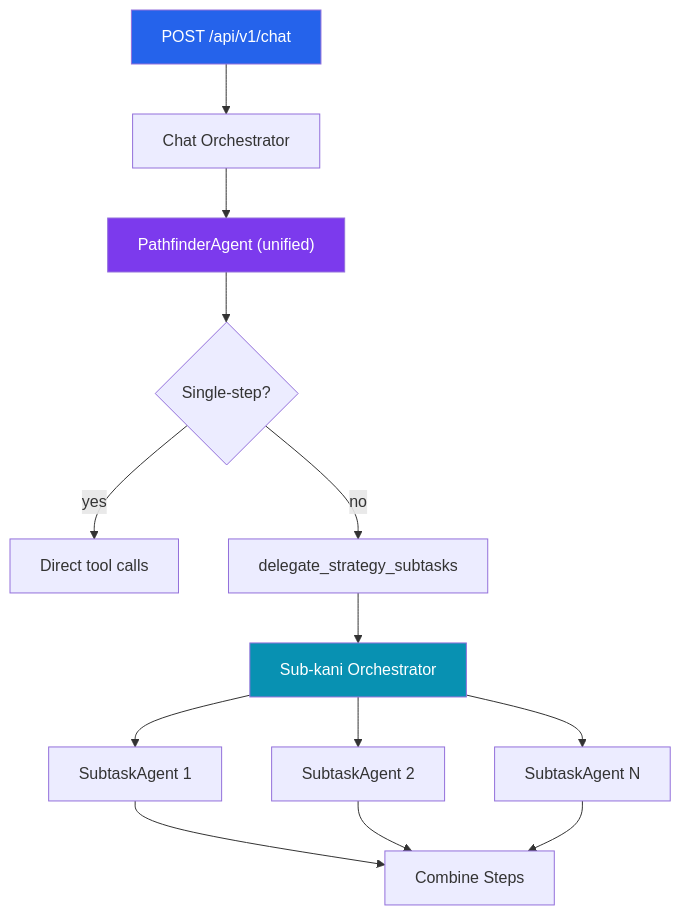
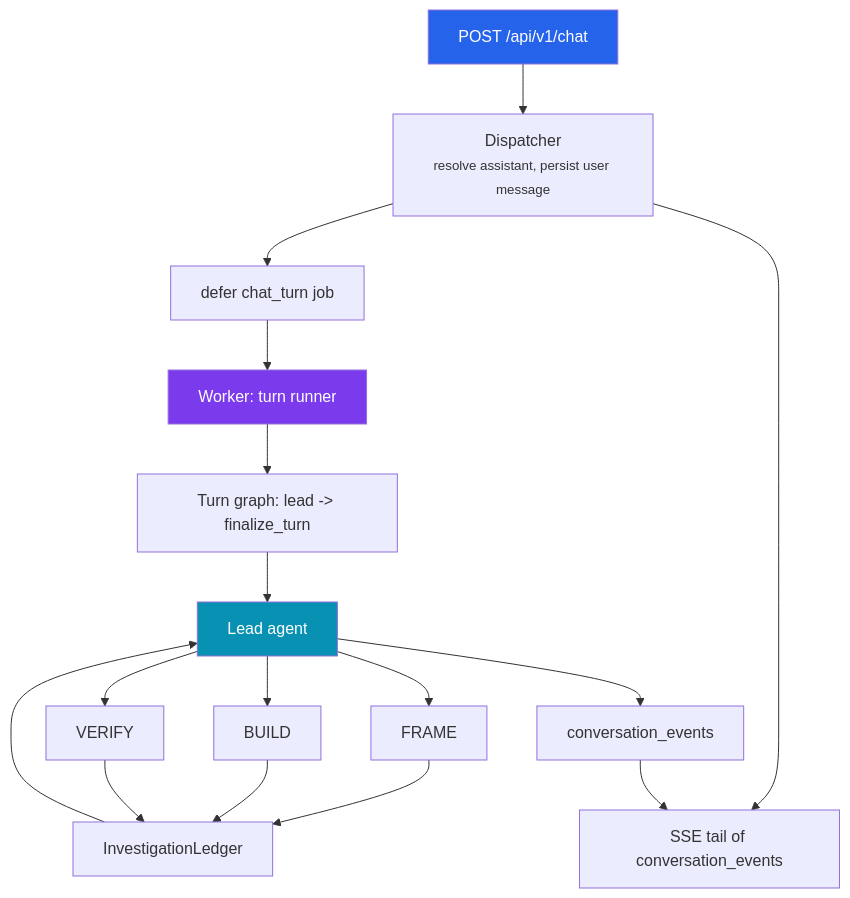
One commit to ahmedOmuharram/pathfinder changed the first of 2 diagrams in apps/api/docs/api/overview.rst. Above: the diagram before and after it, drawn with Mermaid. The commit also changed other lines of this file and 411 other files, not shown here.

```diff
--- a/apps/api/docs/api/overview.rst
+++ b/apps/api/docs/api/overview.rst
@@ -44,19 +60,22 @@
 .. mermaid::
 
    flowchart TD
-       A["POST /api/v1/chat"] --> B["Chat Orchestrator"]
-       B --> C["PathfinderAgent (unified)"]
-       C --> D{"Single-step?"}
-       D -->|yes| E["Direct tool calls"]
-       D -->|no| F["delegate_strategy_subtasks"]
-       F --> G["Sub-kani Orchestrator"]
-       G --> H["SubtaskAgent 1"]
-       G --> I["SubtaskAgent 2"]
-       G --> J["SubtaskAgent N"]
-       H --> K["Combine Steps"]
-       I --> K
-       J --> K
+       A["POST /api/v1/chat"] --> B["Dispatcher<br/><small>resolve assistant, persist user message</small>"]
+       B --> C["defer chat_turn job"]
+       B --> S["SSE tail of conversation_events"]
+       C --> W["Worker: turn runner"]
+       W --> G["Turn graph: lead -> finalize_turn"]
+       G --> L["Lead agent"]
+       L --> F["FRAME"]
+       L --> E["BUILD"]
+       L --> V["VERIFY"]
+       F --> LG["InvestigationLedger"]
+       E --> LG
+       V --> LG
+       LG --> L
+       L --> EV["conversation_events"]
+       EV --> S
 
        style A fill:#2563eb,color:#fff
-       style C fill:#7c3aed,color:#fff
-       style G fill:#0891b2,color:#fff
+       style W fill:#7c3aed,color:#fff
+       style L fill:#0891b2,color:#fff
```
